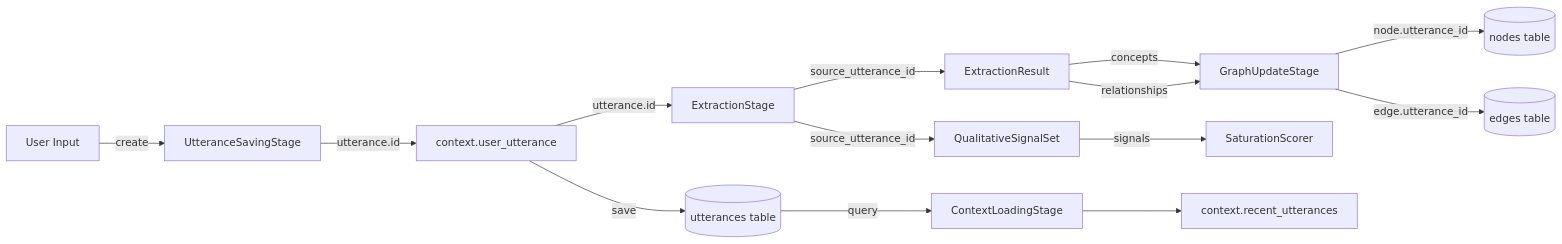
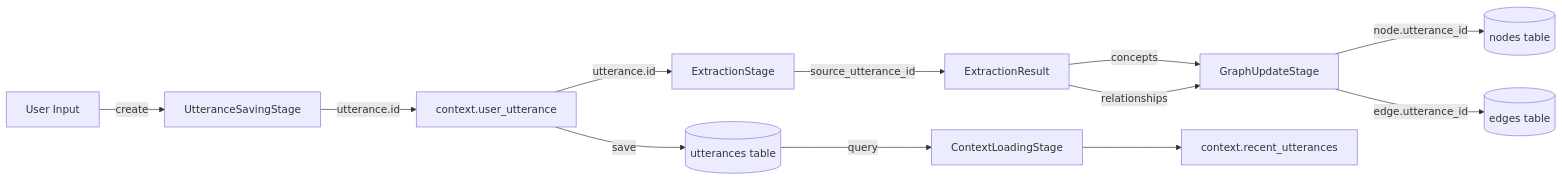
One commit to michaelarutyunov/interview-system-v2 changed the sixth of 8 diagrams in docs/data_flow_paths.md. Above: the diagram before and after it, drawn with Mermaid. The commit also changed other lines of this file and 9 other files, not shown here.

````diff
--- a/docs/data_flow_paths.md
+++ b/docs/data_flow_paths.md
@@ -188,20 +215,17 @@
 ```mermaid
 graph LR
     A[User Input] -->|create| B[UtteranceSavingStage]
     B -->|utterance.id| C[context.user_utterance]
     C -->|save| D[(utterances table)]
     C -->|utterance.id| E[ExtractionStage]
 
     E -->|source_utterance_id| F[ExtractionResult]
     F -->|concepts| G[GraphUpdateStage]
     F -->|relationships| G
 
-    E -->|source_utterance_id| H[QualitativeSignalSet]
-    H -->|signals| I[SaturationScorer]
+    G -->|node.utterance_id| H[(nodes table)]
+    G -->|edge.utterance_id| I[(edges table)]
 
-    G -->|node.utterance_id| J[(nodes table)]
-    G -->|edge.utterance_id| K[(edges table)]
-
-    D -->|query| L[ContextLoadingStage]
-    L --> M[context.recent_utterances]
+    D -->|query| J[ContextLoadingStage]
+    J --> K[context.recent_utterances]
 ```
````
